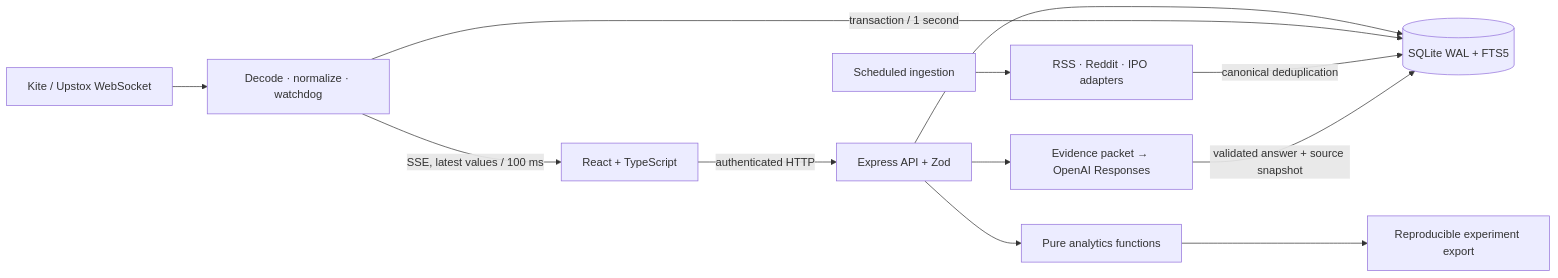
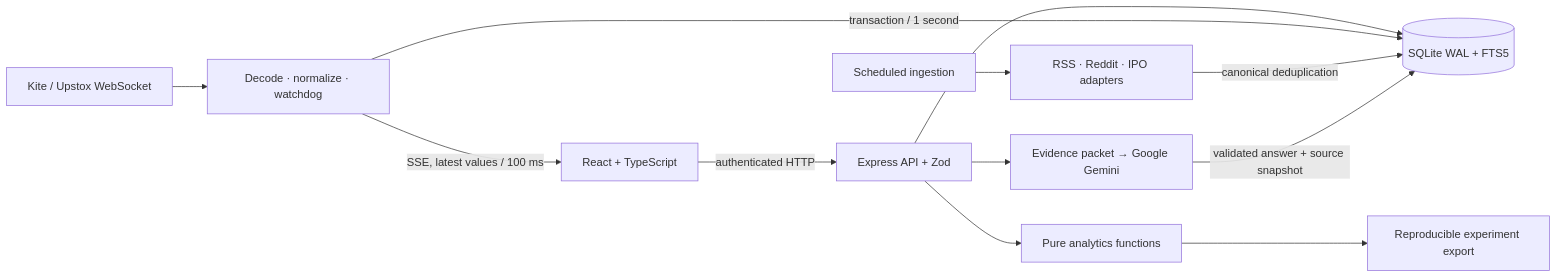
The diagram in README.md (ANUJ-DESHPANDE/Hedgeway), drawn with Mermaid before and after one commit. The commit also changed other lines of this file and 38 other files, not shown here.

Commit message:
Build live market charts, source-led research and Gemini learning workflows

````diff
--- a/README.md
+++ b/README.md
@@ -70,14 +70,14 @@
 ```mermaid
 flowchart LR
   UI[React + TypeScript] -->|authenticated HTTP| API[Express API + Zod]
   API --> SQL[(SQLite WAL + FTS5)]
   K[Kite / Upstox WebSocket] --> S[Decode · normalize · watchdog]
   S -->|SSE, latest values / 100 ms| UI
   S -->|transaction / 1 second| SQL
   W[Scheduled ingestion] --> R[RSS · Reddit · IPO adapters]
   R -->|canonical deduplication| SQL
-  API --> L[Evidence packet → OpenAI Responses]
+  API --> L[Evidence packet → Google Gemini]
   L -->|validated answer + source snapshot| SQL
   API --> A[Pure analytics functions]
   A --> E[Reproducible experiment export]
 ```
````
